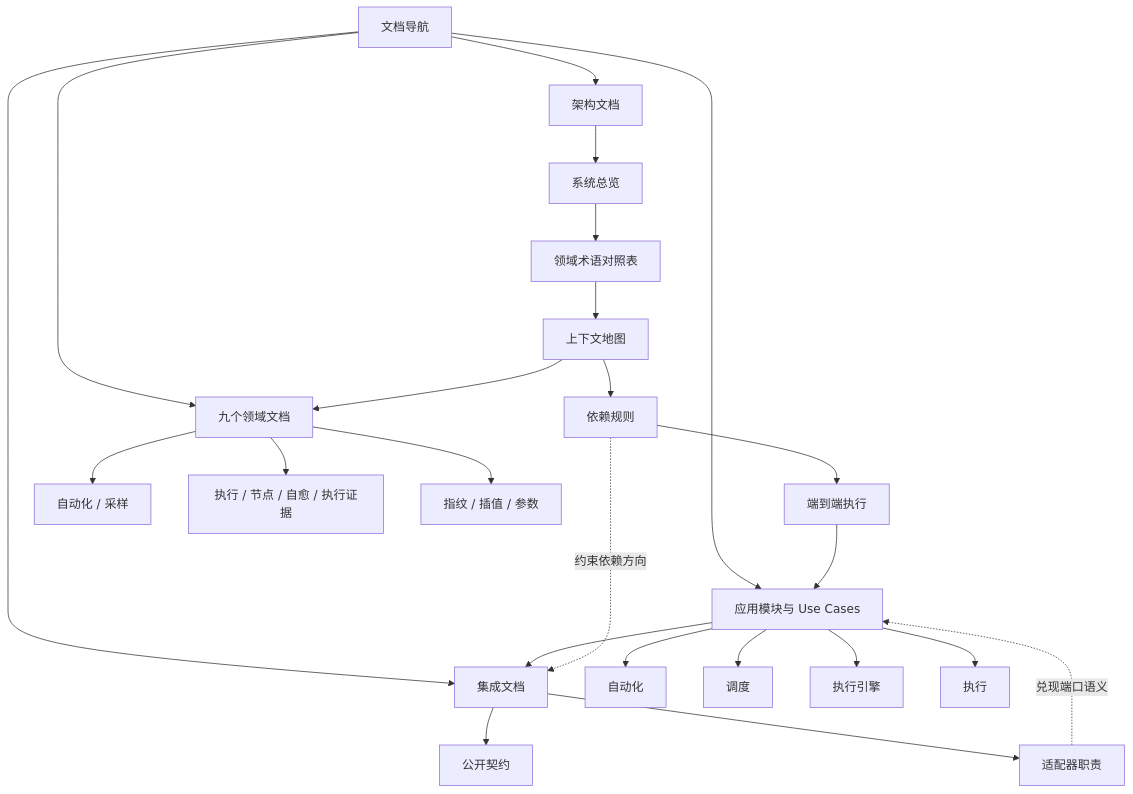
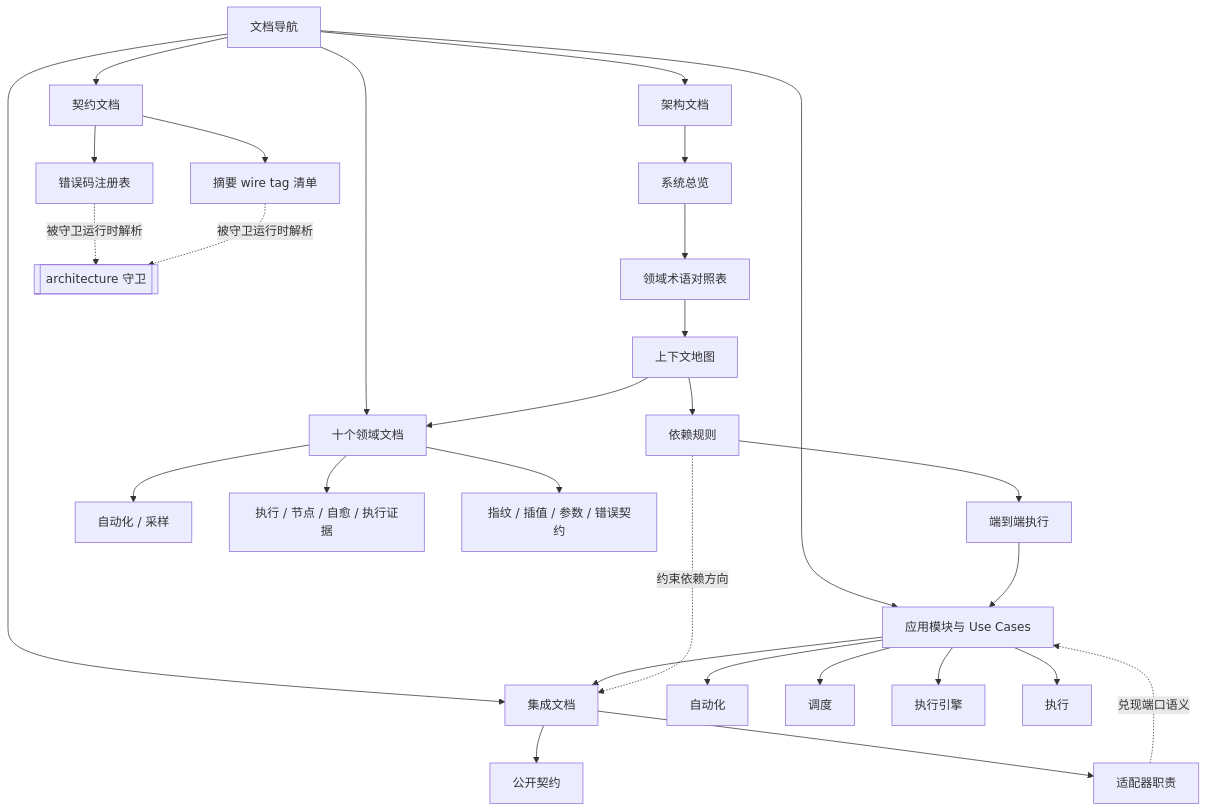
Before and after one commit to Capsule7446/healix-core: the diagram in docs/README.md, drawn with Mermaid. The commit also changed other lines of this file and 380 other files, not shown here.

````diff
--- a/docs/README.md
+++ b/docs/README.md
@@ -51,30 +51,36 @@
 ```mermaid
 flowchart TD
   Portal[文档导航] --> Architecture[架构文档]
-  Portal --> Domains[九个领域文档]
+  Portal --> Domains[十个领域文档]
   Portal --> Applications[应用模块与 Use Cases]
   Portal --> Integration[集成文档]
+  Portal --> Contracts[契约文档]
 
   Architecture --> Overview[系统总览]
   Overview --> Terminology[领域术语对照表]
   Terminology --> Context[上下文地图]
   Context --> Dependencies[依赖规则]
   Dependencies --> E2E[端到端执行]
 
   Context --> Domains
   Domains --> AutomationDomain[自动化 / 采样]
   Domains --> ExecutionDomain[执行 / 节点 / 自愈 / 执行证据]
-  Domains --> SharedKernel[指纹 / 插值 / 参数]
+  Domains --> SharedKernel[指纹 / 插值 / 参数 / 错误契约]
 
   E2E --> Applications
   Applications --> AutomationApp[自动化]
   Applications --> SchedulingApp[调度]
   Applications --> EngineApp[执行引擎]
   Applications --> ExecutionApp[执行]
 
   Applications --> Integration
   Integration --> PublicContract[公开契约]
   Integration --> AdapterResponsibilities[适配器职责]
   AdapterResponsibilities -.兑现端口语义.-> Applications
   Dependencies -.约束依赖方向.-> Integration
+
+  Contracts --> Registry[错误码注册表]
+  Contracts --> WireTags[摘要 wire tag 清单]
+  Registry -.被守卫运行时解析.-> Guards[[architecture 守卫]]
+  WireTags -.被守卫运行时解析.-> Guards
 ```
````
